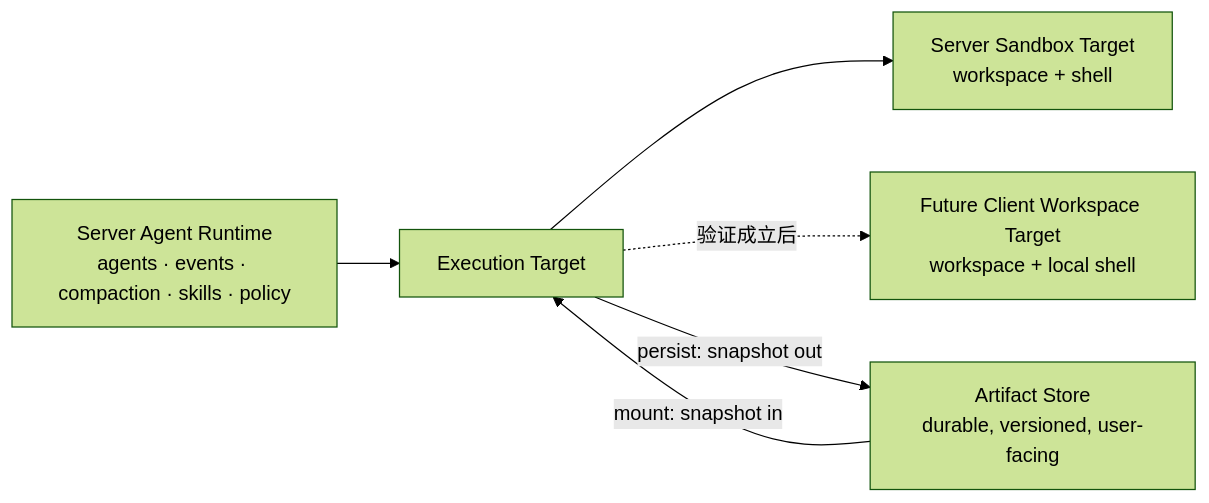
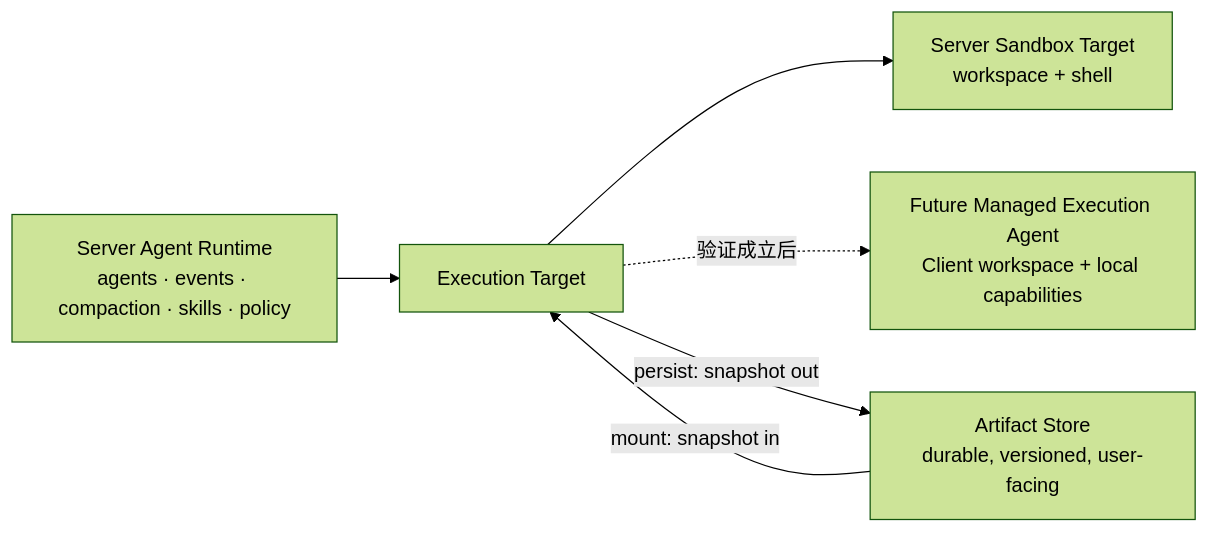
Before and after one commit to Neutrino1998/artifact-flow: the diagram in docs/_archive/design/execution-target/roadmap.md, drawn with Mermaid (forest theme). The commit also changed other lines of this file, not shown here.

Commit message:
docs: clarify managed execution agent roadmap

````diff
--- a/docs/_archive/design/execution-target/roadmap.md
+++ b/docs/_archive/design/execution-target/roadmap.md
@@ -84,14 +105,14 @@
 ```mermaid
 flowchart LR
     AR["Server Agent Runtime<br/>agents · events · compaction · skills · policy"]
     ET["Execution Target"]
     SS["Server Sandbox Target<br/>workspace + shell"]
-    CW["Future Client Workspace Target<br/>workspace + local shell"]
+    CW["Future Managed Execution Agent<br/>Client workspace + local capabilities"]
     AS["Artifact Store<br/>durable, versioned, user-facing"]
 
     AR --> ET
     ET --> SS
     ET -. "验证成立后" .-> CW
     AS -- "mount: snapshot in" --> ET
     ET -- "persist: snapshot out" --> AS
 ```
````
